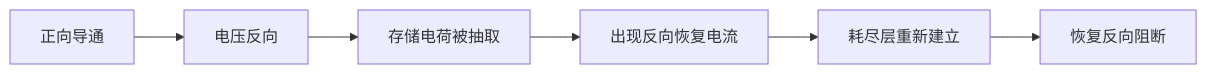
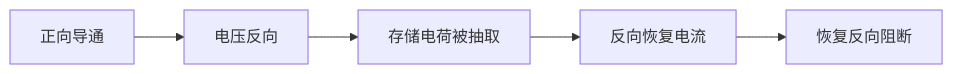
The diagram in 电气硬件-知识/电力电子/功率二极管.md (chengtao-ct/Flushingbondading_Notes), drawn with Mermaid before and after one commit. The commit also changed other lines of this file and 202 other files, not shown here.

````diff
--- a/电气硬件-知识/电力电子/功率二极管.md
+++ b/电气硬件-知识/电力电子/功率二极管.md
@@ -61,8 +69,7 @@
 ```mermaid
 flowchart LR
     A["正向导通"] --> B["电压反向"]
     B --> C["存储电荷被抽取"]
-    C --> D["出现反向恢复电流"]
-    D --> E["耗尽层重新建立"]
-    E --> F["恢复反向阻断"]
+    C --> D["反向恢复电流"]
+    D --> E["恢复反向阻断"]
 ```
````
